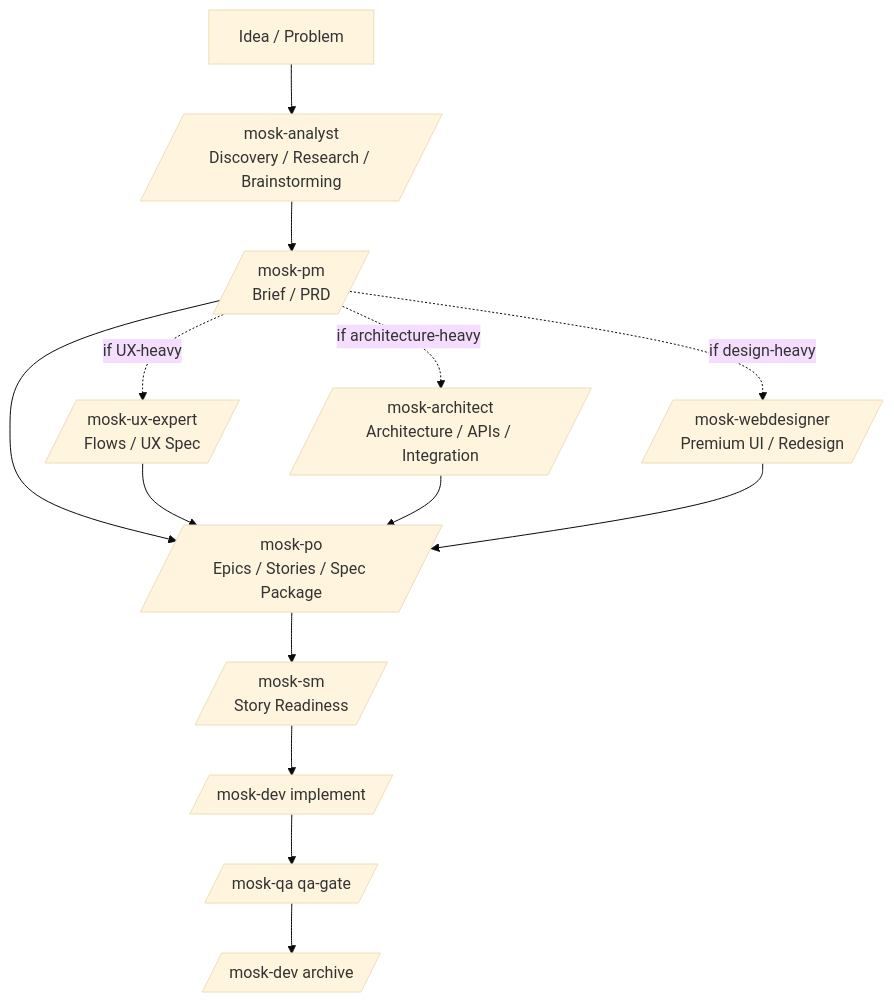
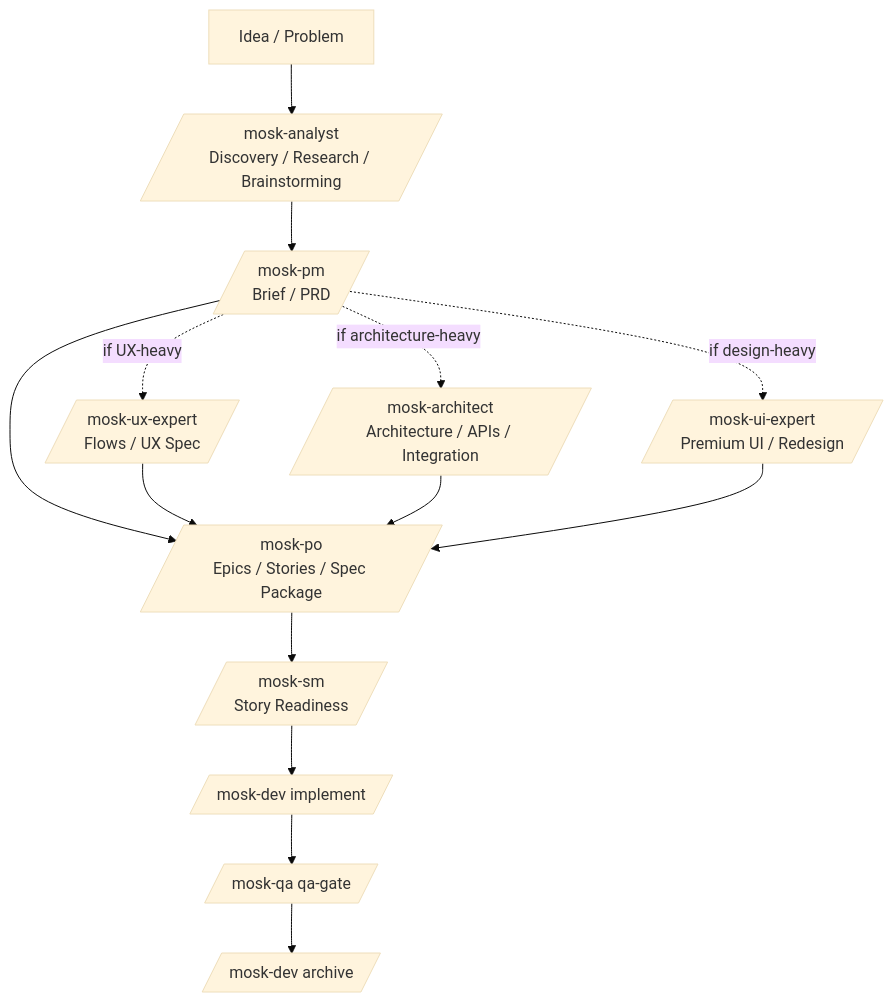
Before and after one commit to rogerznts/mosk: the first of 2 diagrams in README.md, drawn with Mermaid (base theme). The commit also changed other lines of this file and 43 other files, not shown here.

Commit message:
refactor: rearchitect specification structure, automate branch creation with retry logic, and add UI expert role

````diff
--- a/README.md
+++ b/README.md
@@ -53,16 +53,16 @@
 ```mermaid
 flowchart TD
     A[Idea / Problem] --> B[/mosk-analyst<br/>Discovery / Research / Brainstorming/]
     B --> C[/mosk-pm<br/>Brief / PRD/]
     C -. if UX-heavy .-> D[/mosk-ux-expert<br/>Flows / UX Spec/]
     C -. if architecture-heavy .-> E[/mosk-architect<br/>Architecture / APIs / Integration/]
-    C -. if design-heavy .-> W[/mosk-webdesigner<br/>Premium UI / Redesign/]
+    C -. if design-heavy .-> W[/mosk-ui-expert<br/>Premium UI / Redesign/]
     C --> F[/mosk-po<br/>Epics / Stories / Spec Package/]
     D --> F
     E --> F
     W --> F
     F --> G[/mosk-sm<br/>Story Readiness/]
     G --> H[/mosk-dev implement/]
     H --> I[/mosk-qa qa-gate/]
     I --> J[/mosk-dev archive/]
 ```
````
